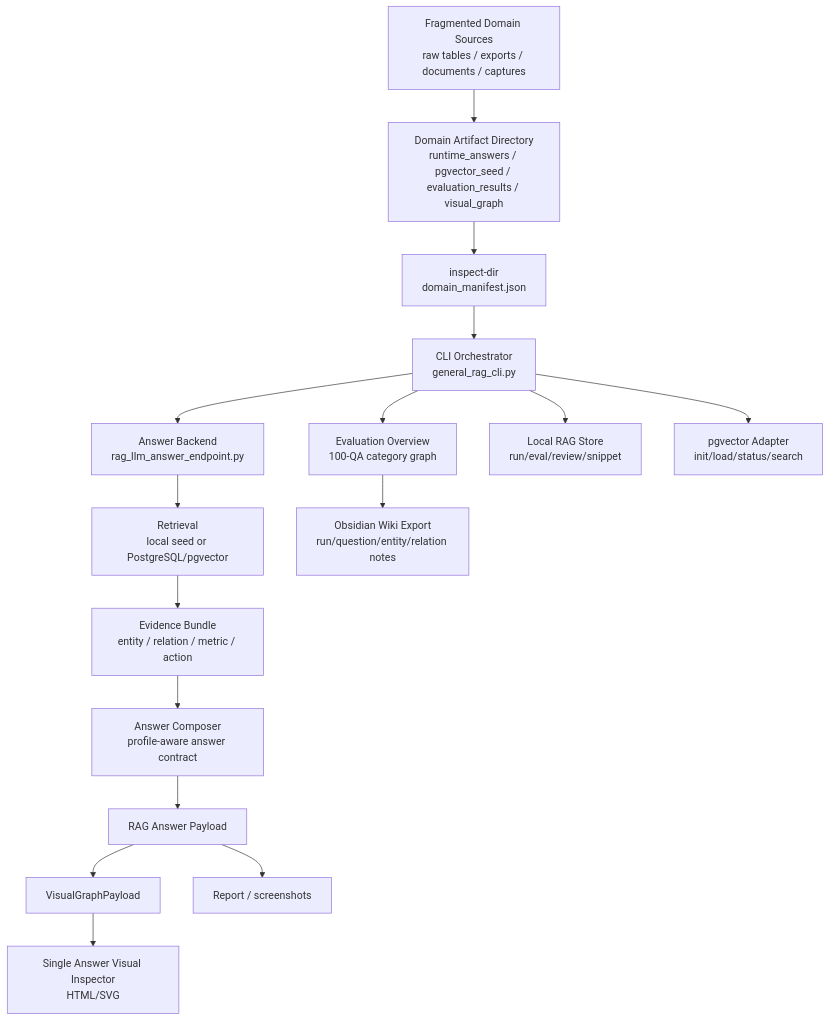
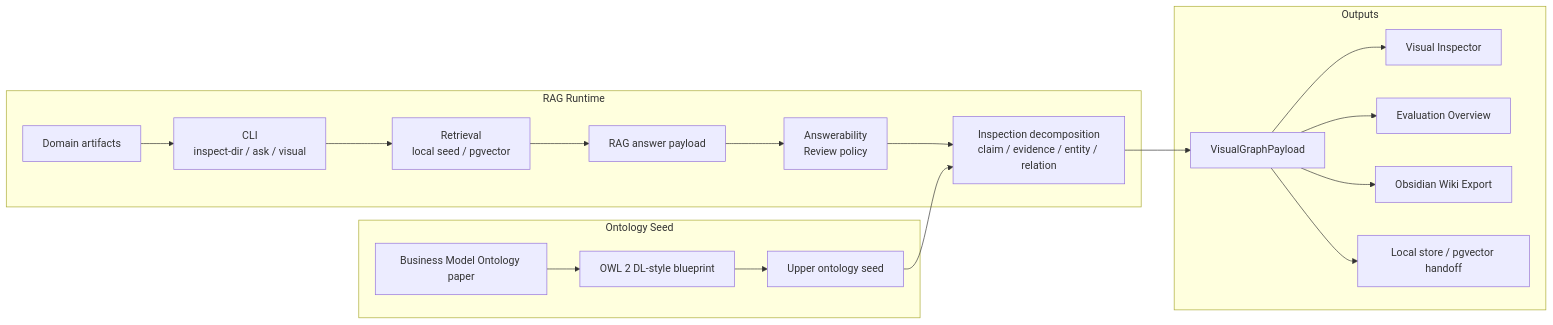
One commit to jungyonghi/bike-onto changed the diagram in docs/assets/diagrams/framework_architecture_overview.mmd. Above: the diagram before and after it, drawn with Mermaid. The commit also changed 1 other file, not shown here.

Commit message:
Switch architecture overview to Mermaid

```diff
--- a/docs/assets/diagrams/framework_architecture_overview.mmd
+++ b/docs/assets/diagrams/framework_architecture_overview.mmd
@@ -1,19 +1,32 @@
-%% Timestamp: 2026-05-19 15:44:00
-flowchart TD
-    A[Fragmented Domain Sources\nraw tables / exports / documents / captures] --> B[Domain Artifact Directory\nruntime_answers / pgvector_seed / evaluation_results / visual_graph]
-    B --> C[inspect-dir\ndomain_manifest.json]
-    C --> D[CLI Orchestrator\ngeneral_rag_cli.py]
+%% Bike Onto / OBYBK framework architecture
+flowchart LR
+    subgraph S[Ontology Seed]
+        BMO[Business Model Ontology paper]
+        BP[OWL 2 DL-style blueprint]
+        US[Upper ontology seed]
+        BMO --> BP --> US
+    end
 
-    D --> E[Answer Backend\nrag_llm_answer_endpoint.py]
-    E --> F[Retrieval\nlocal seed or PostgreSQL/pgvector]
-    F --> G[Evidence Bundle\nentity / relation / metric / action]
-    G --> H[Answer Composer\nprofile-aware answer contract]
-    H --> I[RAG Answer Payload]
+    subgraph R[RAG Runtime]
+        DA[Domain artifacts]
+        CLI[CLI\ninspect-dir / ask / visual]
+        RET[Retrieval\nlocal seed / pgvector]
+        PAY[RAG answer payload]
+        POL[Answerability\nReview policy]
+        DEC[Inspection decomposition\nclaim / evidence / entity / relation]
+        DA --> CLI --> RET --> PAY --> POL --> DEC
+        US --> DEC
+    end
 
-    I --> J[VisualGraphPayload]
-    J --> K[Single Answer Visual Inspector\nHTML/SVG]
-    D --> L[Evaluation Overview\n100-QA category graph]
-    L --> M[Obsidian Wiki Export\nrun/question/entity/relation notes]
-    I --> N[Report / screenshots]
-    D --> O[Local RAG Store\nrun/eval/review/snippet]
-    D --> P[pgvector Adapter\ninit/load/status/search]
+    subgraph O[Outputs]
+        VGP[VisualGraphPayload]
+        VI[Visual Inspector]
+        EV[Evaluation Overview]
+        OW[Obsidian Wiki Export]
+        DB[Local store / pgvector handoff]
+        DEC --> VGP
+        VGP --> VI
+        VGP --> EV
+        VGP --> OW
+        VGP --> DB
+    end
```
